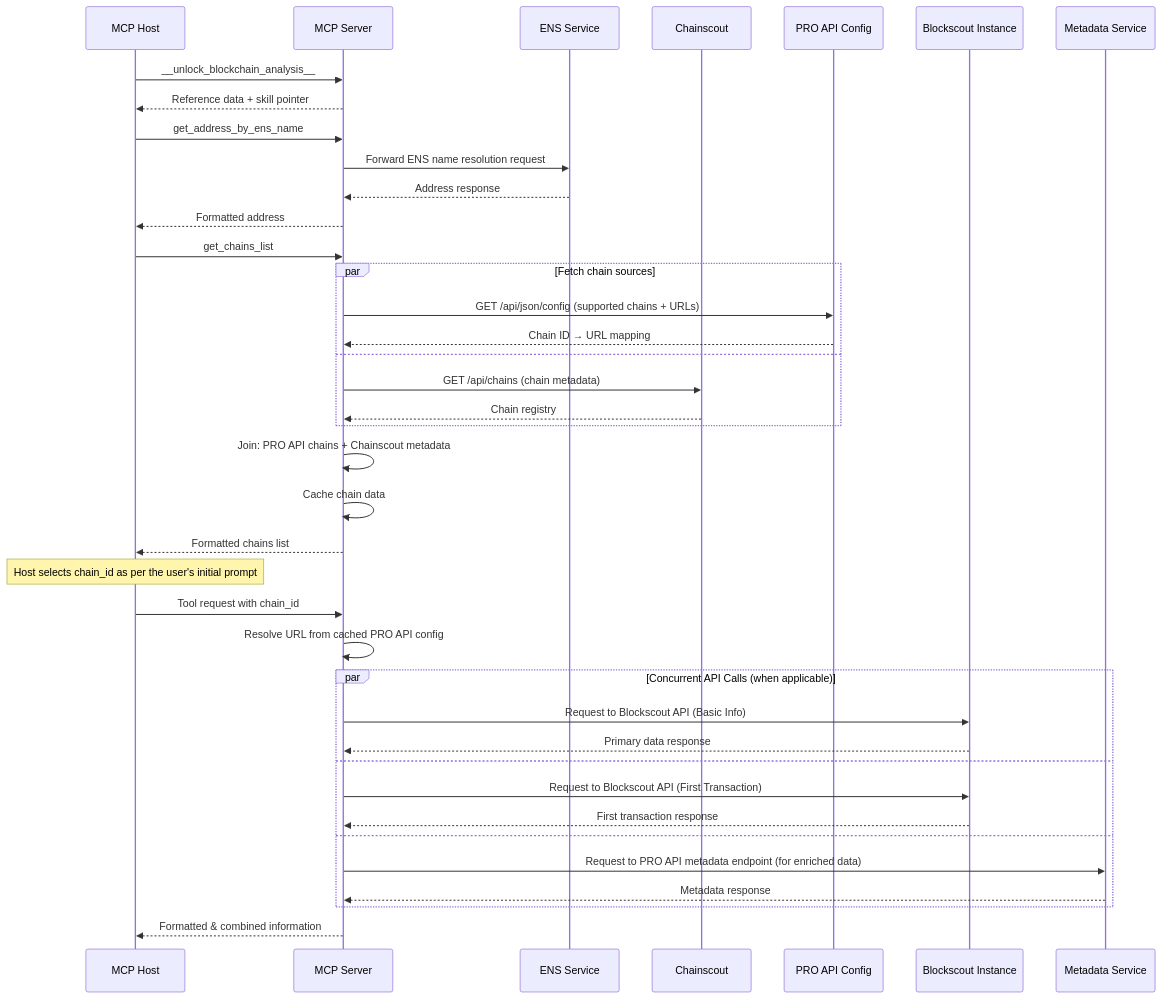
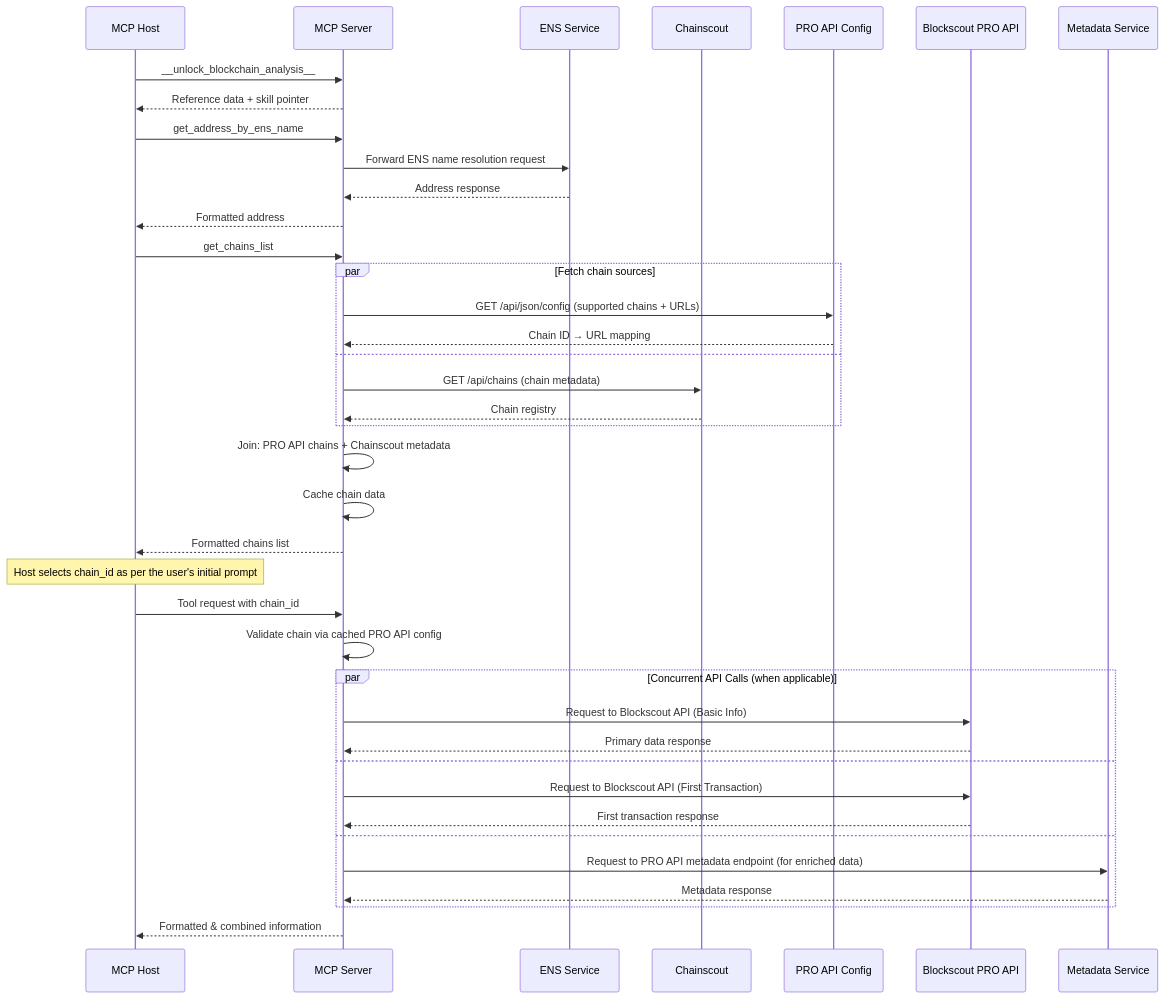
One commit to blockscout/mcp-server changed the first of 3 diagrams in SPEC.md. Above: the diagram before and after it, drawn with Mermaid. The commit also changed other lines of this file and 15 other files, not shown here.

````diff
--- a/SPEC.md
+++ b/SPEC.md
@@ -73,46 +73,46 @@
 ```mermaid
 sequenceDiagram
     participant AI as MCP Host
     participant MCP as MCP Server
     participant BENS as ENS Service
     participant CS as Chainscout
     participant ProAPI as PRO API Config
-    participant BS as Blockscout Instance
+    participant BS as Blockscout PRO API
     participant Metadata as Metadata Service
 
     AI->>MCP: __unlock_blockchain_analysis__
     MCP-->>AI: Reference data + skill pointer
 
     AI->>MCP: get_address_by_ens_name
     MCP->>BENS: Forward ENS name resolution request
     BENS-->>MCP: Address response
     MCP-->>AI: Formatted address
 
     AI->>MCP: get_chains_list
     par Fetch chain sources
         MCP->>ProAPI: GET /api/json/config (supported chains + URLs)
         ProAPI-->>MCP: Chain ID → URL mapping
     and
         MCP->>CS: GET /api/chains (chain metadata)
         CS-->>MCP: Chain registry
     end
     MCP->>MCP: Join: PRO API chains + Chainscout metadata
     MCP->>MCP: Cache chain data
     MCP-->>AI: Formatted chains list
 
     Note over AI: Host selects chain_id as per the user's initial prompt
 
     AI->>MCP: Tool request with chain_id
-    MCP->>MCP: Resolve URL from cached PRO API config
+    MCP->>MCP: Validate chain via cached PRO API config
     par Concurrent API Calls (when applicable)
         MCP->>BS: Request to Blockscout API (Basic Info)
         BS-->>MCP: Primary data response
     and
         MCP->>BS: Request to Blockscout API (First Transaction)
         BS-->>MCP: First transaction response
     and
         MCP->>Metadata: Request to PRO API metadata endpoint (for enriched data)
         Metadata-->>MCP: Metadata response
     end
     MCP-->>AI: Formatted & combined information
 ```
````
